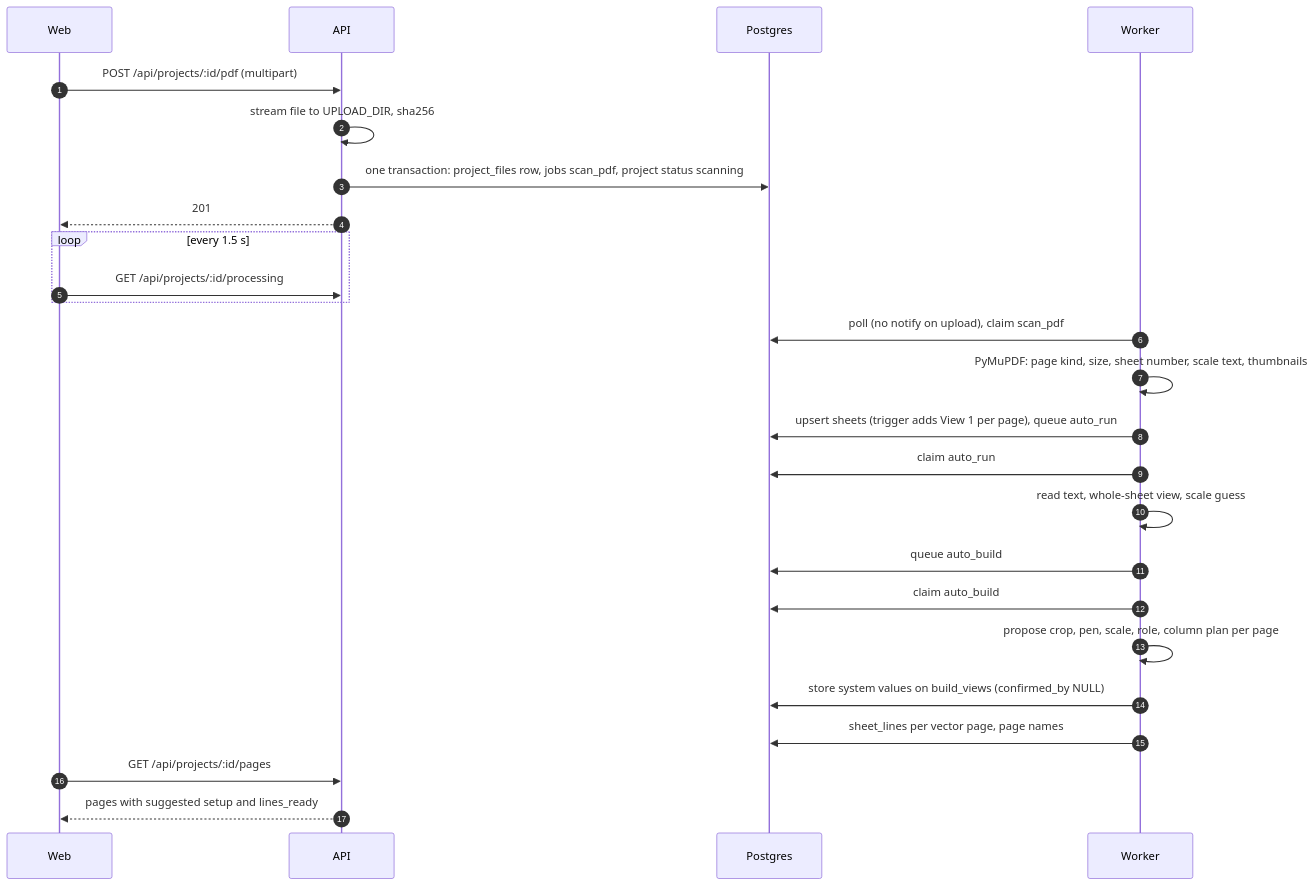
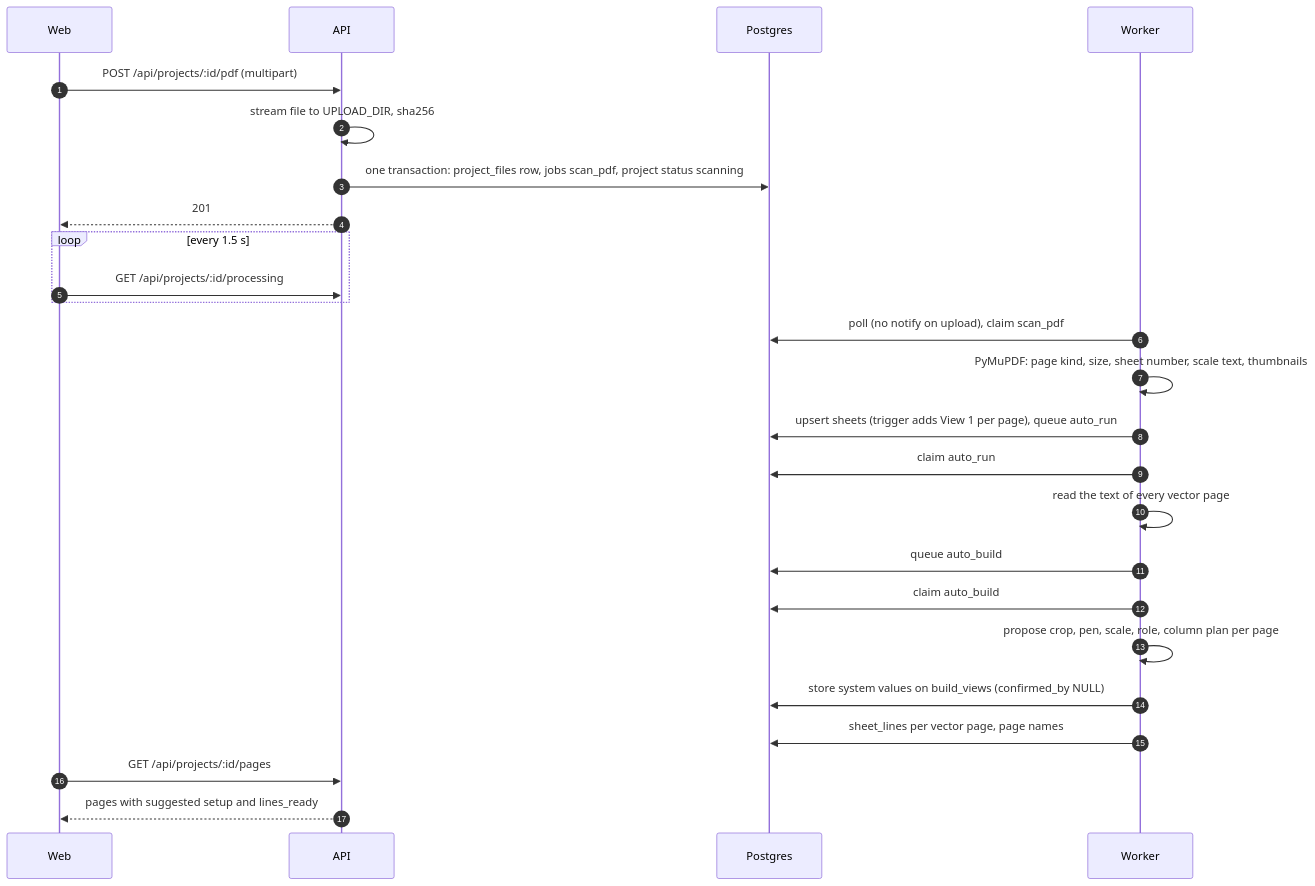
One commit to wbtit/Estimation-AI changed the third of 12 diagrams in README.md. Above: the diagram before and after it, drawn with Mermaid. The commit also changed other lines of this file, not shown here.

````diff
--- a/README.md
+++ b/README.md
@@ -338,27 +343,27 @@
 ```mermaid
 sequenceDiagram
     autonumber
     participant W as Web
     participant A as API
     participant D as Postgres
     participant K as Worker
     W->>A: POST /api/projects/:id/pdf (multipart)
     A->>A: stream file to UPLOAD_DIR, sha256
     A->>D: one transaction: project_files row, jobs scan_pdf, project status scanning
     A-->>W: 201
     loop every 1.5 s
         W->>A: GET /api/projects/:id/processing
     end
     K->>D: poll (no notify on upload), claim scan_pdf
     K->>K: PyMuPDF: page kind, size, sheet number, scale text, thumbnails
     K->>D: upsert sheets (trigger adds View 1 per page), queue auto_run
     K->>D: claim auto_run
-    K->>K: read text, whole-sheet view, scale guess
+    K->>K: read the text of every vector page
     K->>D: queue auto_build
     K->>D: claim auto_build
     K->>K: propose crop, pen, scale, role, column plan per page
     K->>D: store system values on build_views (confirmed_by NULL)
     K->>D: sheet_lines per vector page, page names
     W->>A: GET /api/projects/:id/pages
     A-->>W: pages with suggested setup and lines_ready
 ```
````
